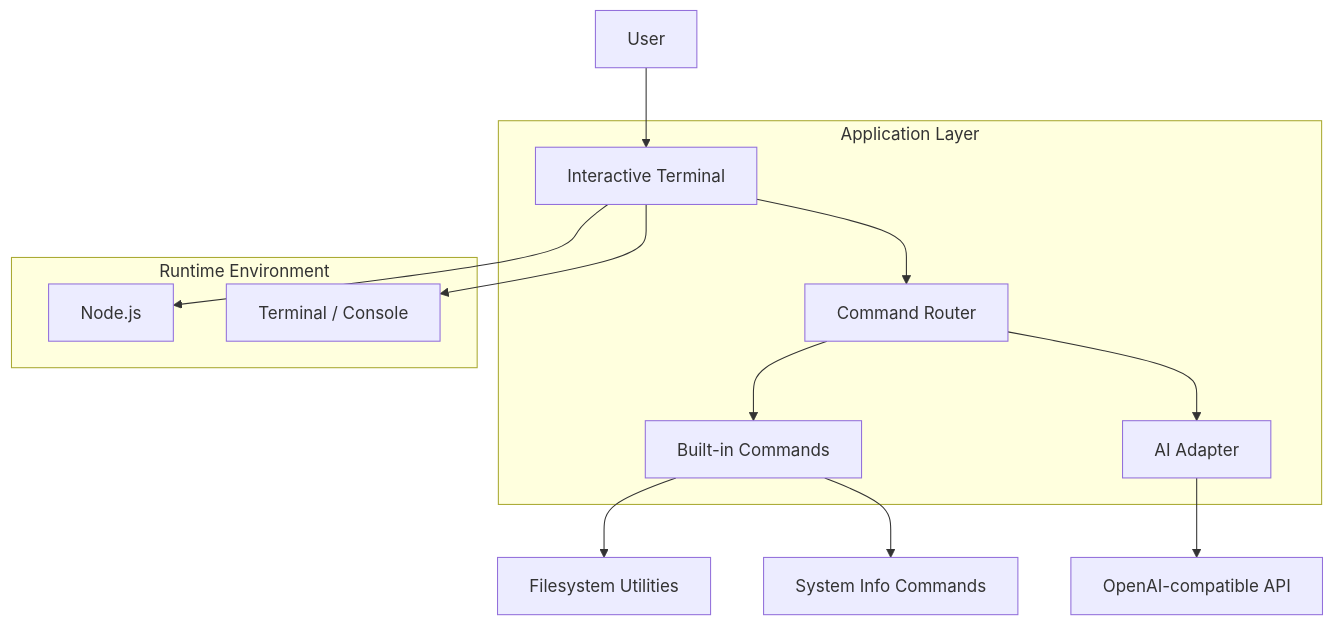
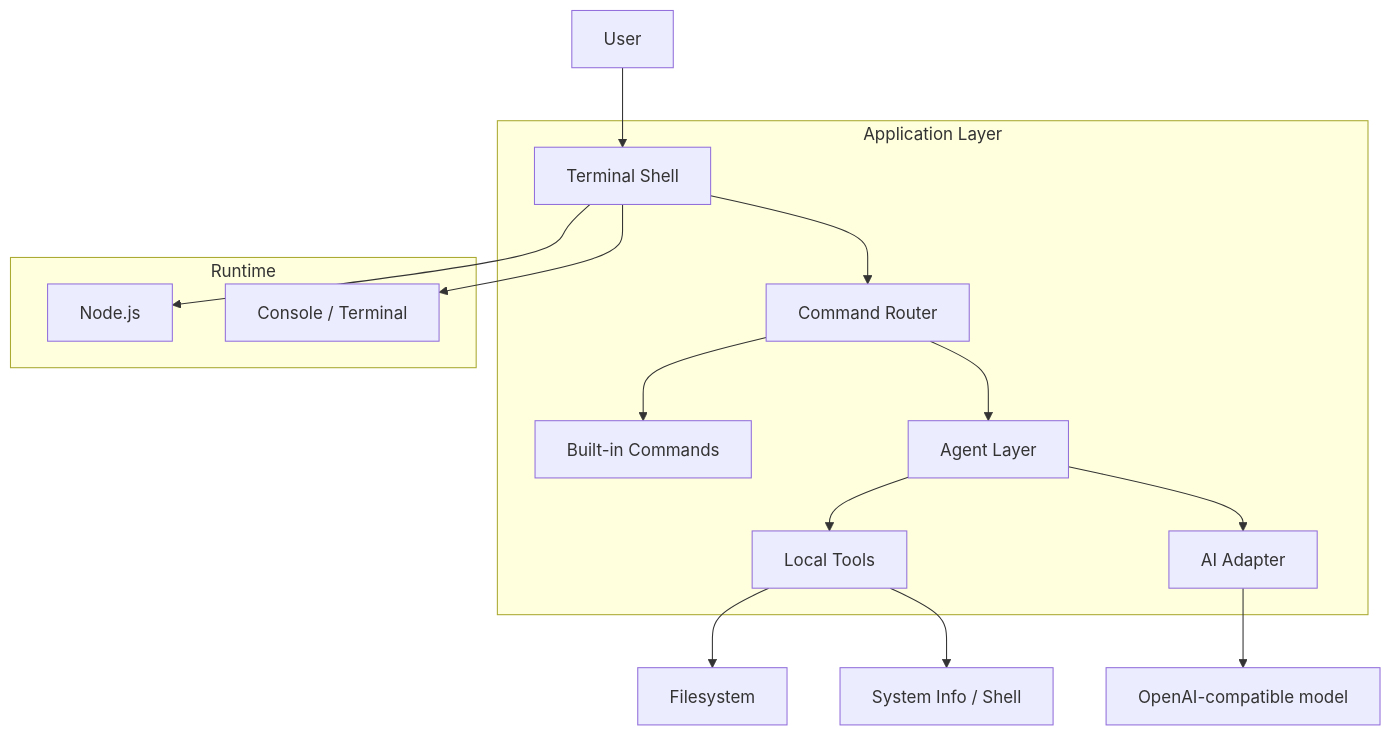
Before and after one commit to kormanlukas-cyber/AI-Terminal: the diagram in ARCHITECTURE.md, drawn with Mermaid. The commit also changed other lines of this file and 5 other files, not shown here.

Commit message:
Add a real agent/tool layer with shell access, filesystem utilities, and more advanced terminal behavior.

````diff
--- a/ARCHITECTURE.md
+++ b/ARCHITECTURE.md
@@ -5,25 +5,29 @@
 ```mermaid
 flowchart TD
-    User["User"] --> Shell["Interactive Terminal"]
+    User["User"] --> Shell["Terminal Shell"]
     Shell --> Router["Command Router"]
-    Router --> Builtins["Built-in Commands"]
-    Builtins --> FS["Filesystem Utilities"]
-    Builtins --> System["System Info Commands"]
-    Router --> AI["AI Adapter"]
-    AI --> Provider["OpenAI-compatible API"]
+    Router --> Local["Built-in Commands"]
+    Router --> Agent["Agent Layer"]
+    Agent --> Tools["Local Tools"]
+    Tools --> FS["Filesystem"]
+    Tools --> OS["System Info / Shell"]
+    Agent --> AI["AI Adapter"]
+    AI --> LLM["OpenAI-compatible model"]
 
     subgraph App["Application Layer"]
         Shell
         Router
-        Builtins
+        Local
+        Agent
+        Tools
         AI
     end
 
-    subgraph Runtime["Runtime Environment"]
+    subgraph Runtime["Runtime"]
         Node["Node.js"]
-        Console["Terminal / Console"]
+        Console["Console / Terminal"]
     end
 
     Shell --> Node
     Shell --> Console
 ```
````
